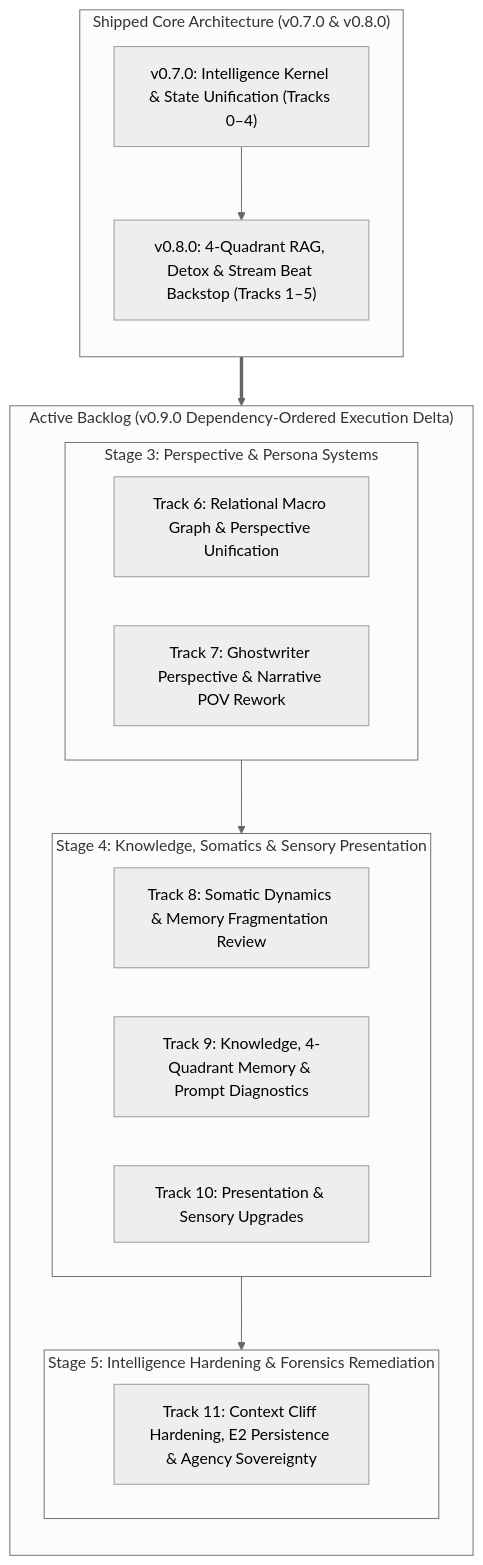
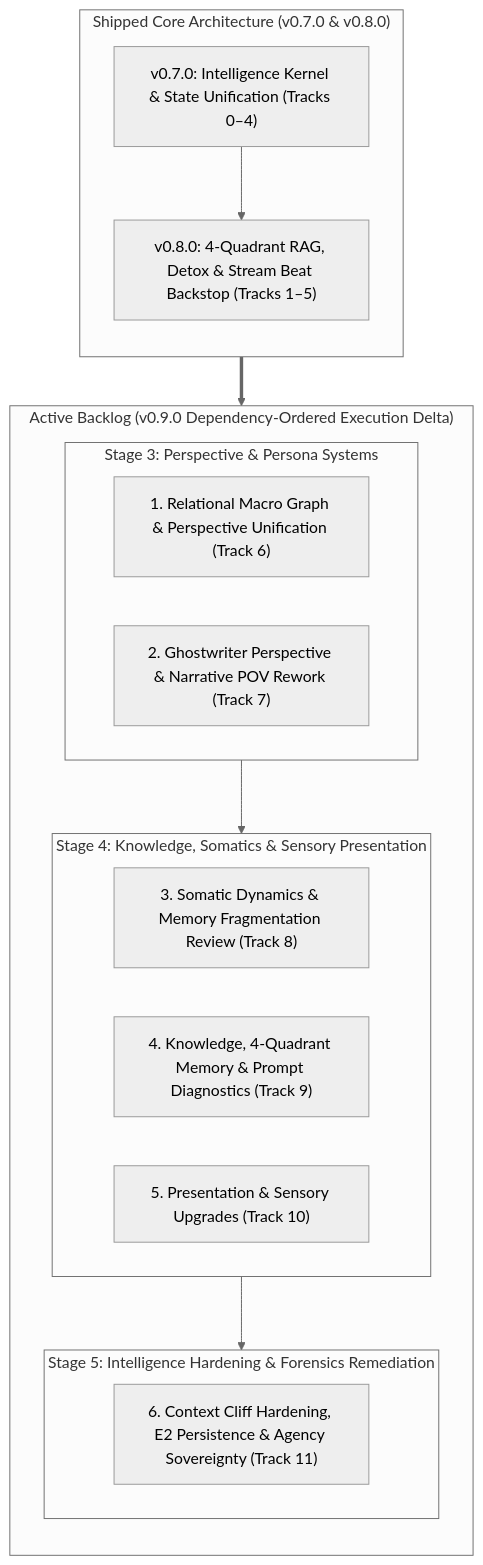
The diagram in ROADMAP.md (JooduG/RPGlitch), drawn with Mermaid (neutral theme) before and after one commit. The commit also changed other lines of this file and 1 other file, not shown here.

Commit message:
docs: update changelog and roadmap with technical track details and codebase realities

````diff
--- a/ROADMAP.md
+++ b/ROADMAP.md
@@ -20,31 +22,31 @@
 ```mermaid
 flowchart TD
     subgraph Shipped ["Shipped Core Architecture (v0.7.0 & v0.8.0)"]
         direction TB
         S1["v0.7.0: Intelligence Kernel & State Unification (Tracks 0–4)"]
         S2["v0.8.0: 4-Quadrant RAG, Detox & Stream Beat Backstop (Tracks 1–5)"]
         S1 --> S2
     end
 
     subgraph ActiveBacklog ["Active Backlog (v0.9.0 Dependency-Ordered Execution Delta)"]
         direction TB
         subgraph Stage3 ["Stage 3: Perspective & Persona Systems"]
-            TR6["Track 6: Relational Macro Graph & Perspective Unification"]
-            TR7["Track 7: Ghostwriter Perspective & Narrative POV Rework"]
+            TR6["1. Relational Macro Graph & Perspective Unification (Track 6)"]
+            TR7["2. Ghostwriter Perspective & Narrative POV Rework (Track 7)"]
         end
 
         subgraph Stage4 ["Stage 4: Knowledge, Somatics & Sensory Presentation"]
-            TR8["Track 8: Somatic Dynamics & Memory Fragmentation Review"]
-            TR9["Track 9: Knowledge, 4-Quadrant Memory & Prompt Diagnostics"]
-            TR10["Track 10: Presentation & Sensory Upgrades"]
+            TR8["3. Somatic Dynamics & Memory Fragmentation Review (Track 8)"]
+            TR9["4. Knowledge, 4-Quadrant Memory & Prompt Diagnostics (Track 9)"]
+            TR10["5. Presentation & Sensory Upgrades (Track 10)"]
         end
 
         subgraph Stage5 ["Stage 5: Intelligence Hardening & Forensics Remediation"]
-            TR11["Track 11: Context Cliff Hardening, E2 Persistence & Agency Sovereignty"]
+            TR11["6. Context Cliff Hardening, E2 Persistence & Agency Sovereignty (Track 11)"]
         end
 
         Stage3 --> Stage4 --> Stage5
     end
 
     Shipped ==> ActiveBacklog
 ```
````
